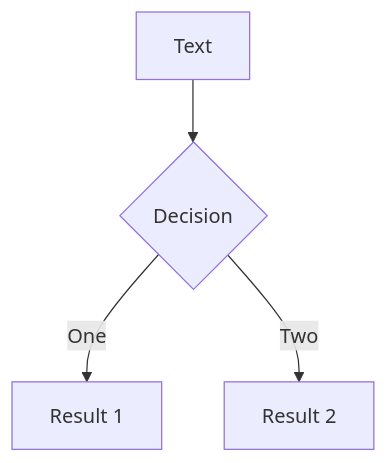
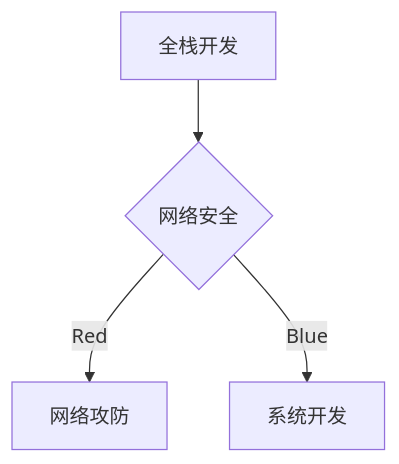
The second of 4 diagrams in slides.md (Arkrypto/Bears-PPT), drawn with Mermaid before and after one commit. The commit also changed other lines of this file and 1 other file, not shown here.

````diff
--- a/slides.md
+++ b/slides.md
@@ -314,6 +333,6 @@
 ```mermaid {theme: 'neutral', scale: 0.8}
 graph TD
-B[Text] --> C{Decision}
-C -->|One| D[Result 1]
-C -->|Two| E[Result 2]
+B[全栈开发] --> C{网络安全}
+C -->|Red| D[网络攻防]
+C -->|Blue| E[系统开发]
 ```
````
